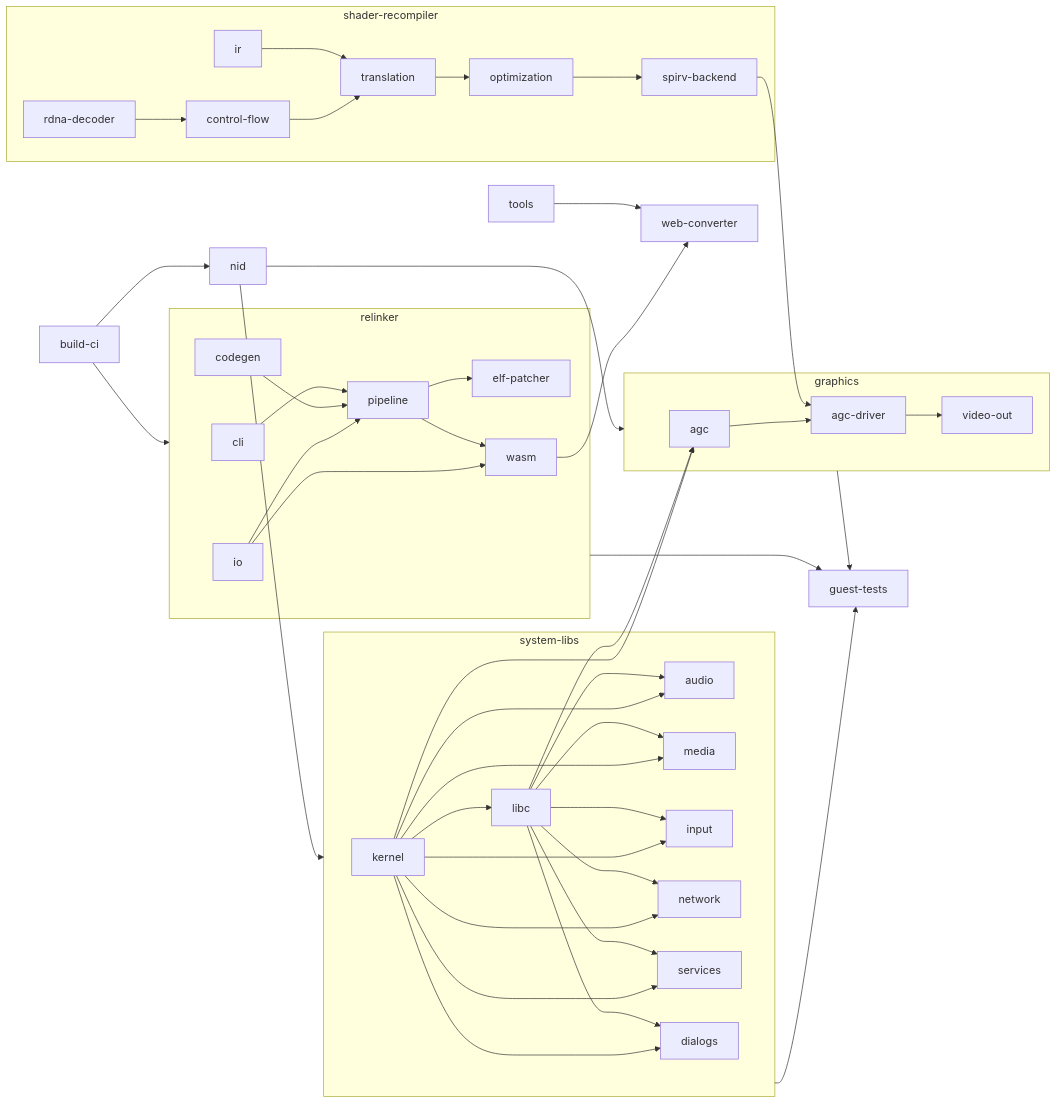
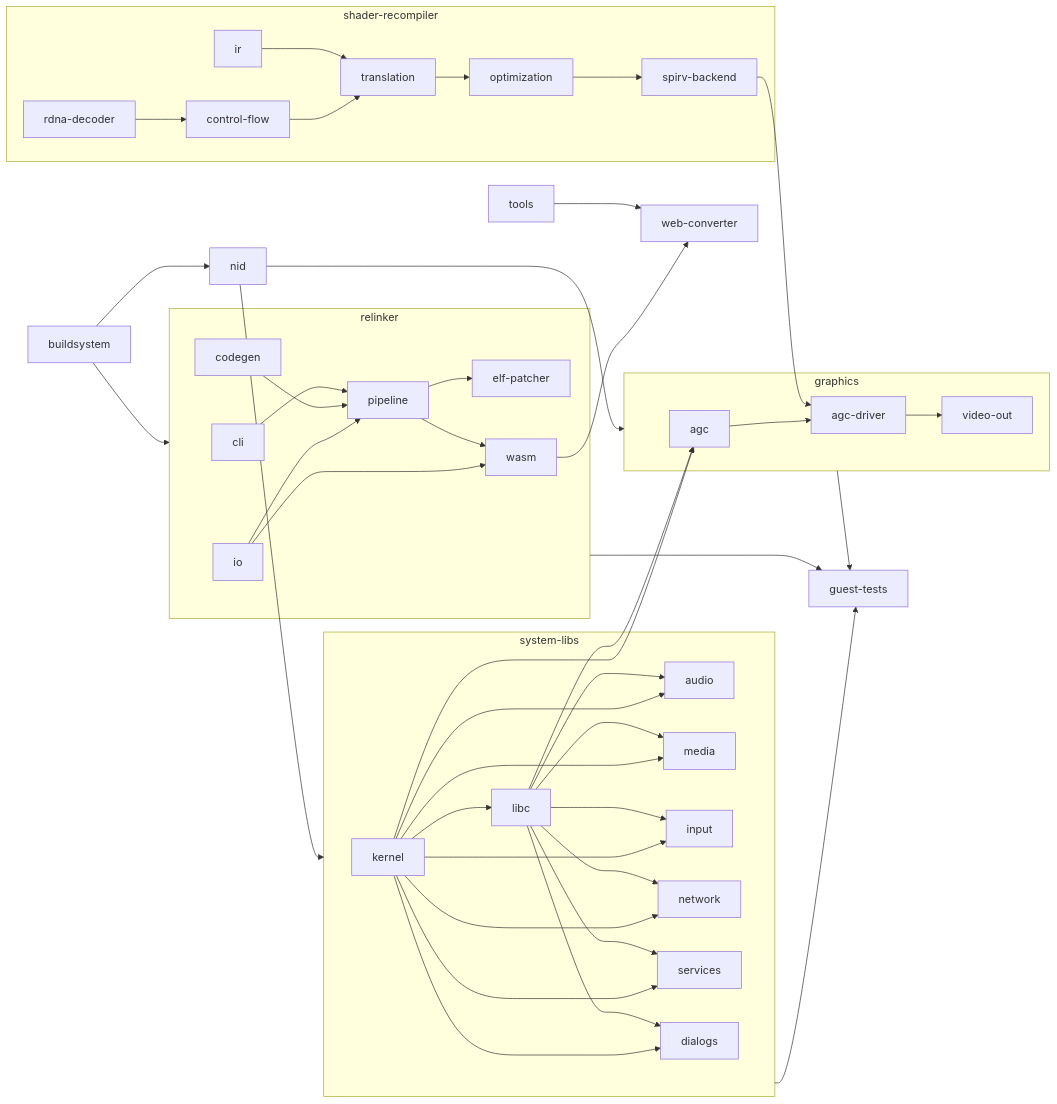
The diagram in architecture.md (floating-thoughts/anyps5), drawn with Mermaid before and after one commit. The commit also changed other lines of this file and 4 other files, not shown here.

First line of the commit message:
docs: rename build-ci module to buildsystem

````diff
--- a/architecture.md
+++ b/architecture.md
@@ -83,55 +83,55 @@
 ```mermaid
 flowchart LR
-    build["build-ci"]
+    build["buildsystem"]
     nid["nid"]
     subgraph relinkerG["relinker"]
         cli["cli"]
         pipe["pipeline"]
         patch["elf-patcher"]
         io["io"]
         cg["codegen"]
         wasm["wasm"]
     end
     subgraph shaderG["shader-recompiler"]
         dec["rdna-decoder"] --> cf["control-flow"] --> tr["translation"] --> opt["optimization"] --> spv["spirv-backend"]
         ir["ir"] --> tr
     end
     subgraph sysG["system-libs"]
         kernel["kernel"]
         libc["libc"]
         audio["audio"]
         media["media"]
         input["input"]
         net["network"]
         svc["services"]
         dlg["dialogs"]
     end
     subgraph gfxG["graphics"]
         agc["agc"] --> drv["agc-driver"] --> vo["video-out"]
     end
     tests["guest-tests"]
     web["web-converter"]
     tools["tools"]
 
     build --> nid
     build --> relinkerG
     io --> pipe
     cg --> pipe
     pipe --> patch
     cli --> pipe
     io --> wasm
     pipe --> wasm
     kernel --> libc
     kernel --> audio & media & input & net & svc & dlg
     libc --> audio & media & input & net & svc & dlg
     kernel --> agc
     libc --> agc
     spv --> drv
     nid --> sysG
     nid --> gfxG
     sysG --> tests
     gfxG --> tests
     relinkerG --> tests
     wasm --> web
     tools --> web
 ```
````
